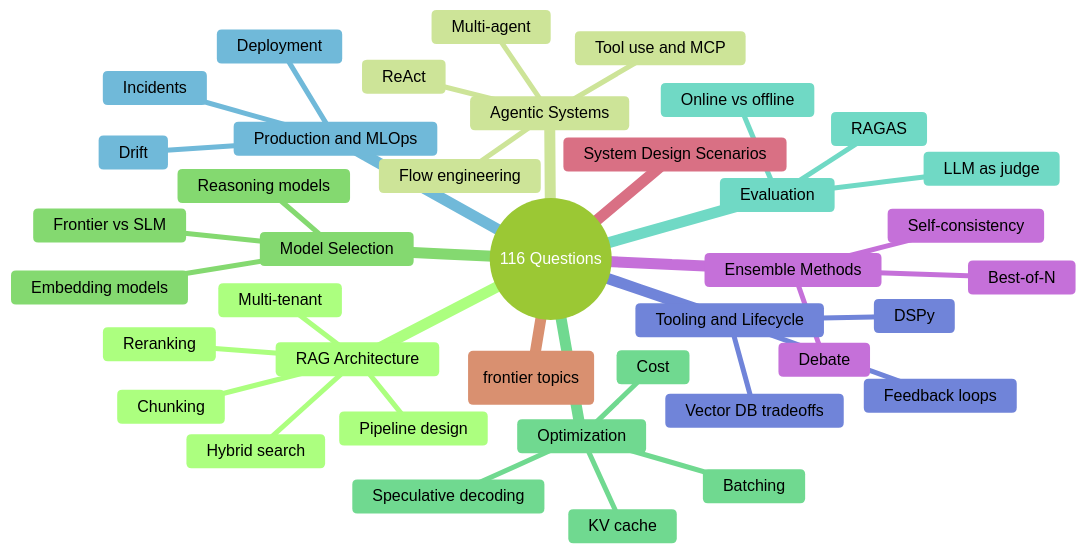
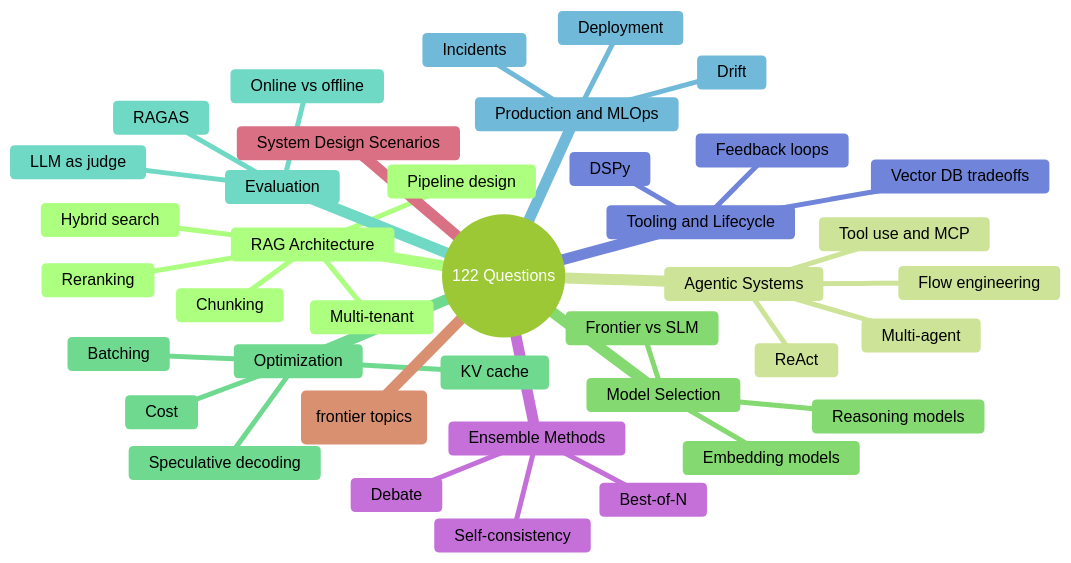
One commit to ChiHoc/ai-system-design-guide-zh changed the first of 3 diagrams in 00-interview-prep/01-question-bank.md. Above: the diagram before and after it, drawn with Mermaid (forest theme). The commit also changed other lines of this file and 8 other files, not shown here.

````diff
--- a/00-interview-prep/01-question-bank.md
+++ b/00-interview-prep/01-question-bank.md
@@ -9,42 +9,42 @@
 ```mermaid
 mindmap
-  root((116 Questions))
+  root((122 Questions))
     RAG Architecture
       Pipeline design
       Chunking
       Hybrid search
       Reranking
       Multi-tenant
     Agentic Systems
       ReAct
       Tool use and MCP
       Multi-agent
       Flow engineering
     Model Selection
       Frontier vs SLM
       Reasoning models
       Embedding models
     Optimization
       KV cache
       Speculative decoding
       Batching
       Cost
     Evaluation
       RAGAS
       LLM as judge
       Online vs offline
     Production and MLOps
       Deployment
       Drift
       Incidents
     Tooling and Lifecycle
       Vector DB tradeoffs
       DSPy
       Feedback loops
     Ensemble Methods
       Self-consistency
       Best-of-N
       Debate
     System Design Scenarios
     Advanced sets (frontier topics)
 ```
````
